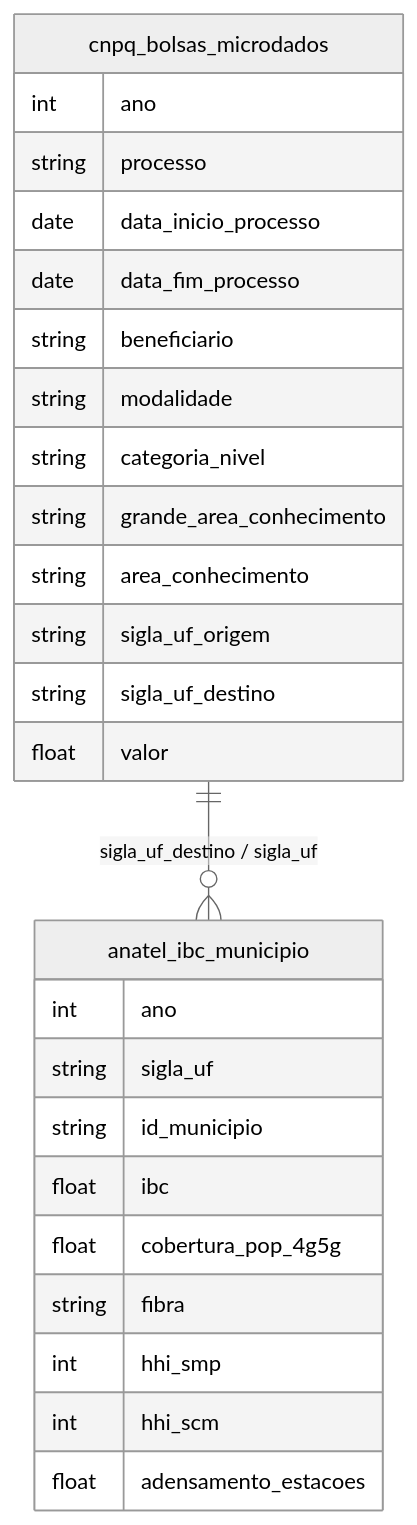
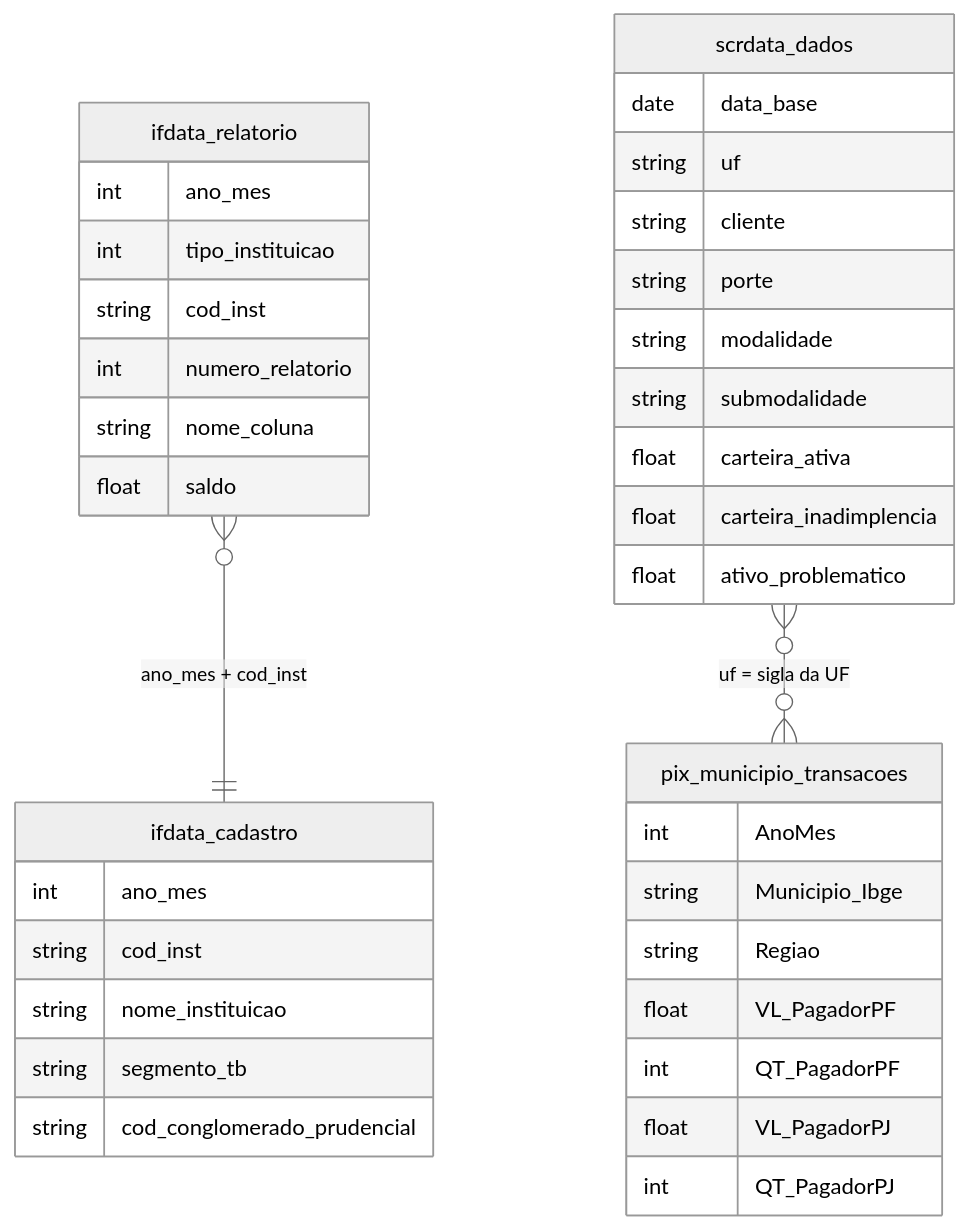
The diagram in docs/mapa/overview/19_mercado_financeiro.md (rafapolo/rodado), drawn with Mermaid (neutral theme) before and after one commit. The commit also changed other lines of this file and 135 other files, not shown here.

````diff
--- a/docs/mapa/overview/19_mercado_financeiro.md
+++ b/docs/mapa/overview/19_mercado_financeiro.md
@@ -2,29 +2,40 @@
 ```mermaid
 erDiagram
-    cnpq_bolsas_microdados {
-        int ano
-        string processo
-        date data_inicio_processo
-        date data_fim_processo
-        string beneficiario
+    ifdata_relatorio {
+        int ano_mes
+        int tipo_instituicao
+        string cod_inst
+        int numero_relatorio
+        string nome_coluna
+        float saldo
+    }
+    ifdata_cadastro {
+        int ano_mes
+        string cod_inst
+        string nome_instituicao
+        string segmento_tb
+        string cod_conglomerado_prudencial
+    }
+    scrdata_dados {
+        date data_base
+        string uf
+        string cliente
+        string porte
         string modalidade
-        string categoria_nivel
-        string grande_area_conhecimento
-        string area_conhecimento
-        string sigla_uf_origem
-        string sigla_uf_destino
-        float valor
+        string submodalidade
+        float carteira_ativa
+        float carteira_inadimplencia
+        float ativo_problematico
     }
-    anatel_ibc_municipio {
-        int ano
-        string sigla_uf
-        string id_municipio
-        float ibc
-        float cobertura_pop_4g5g
-        string fibra
-        int hhi_smp
-        int hhi_scm
-        float adensamento_estacoes
+    pix_municipio_transacoes {
+        int AnoMes
+        string Municipio_Ibge
+        string Regiao
+        float VL_PagadorPF
+        int QT_PagadorPF
+        float VL_PagadorPJ
+        int QT_PagadorPJ
     }
-    cnpq_bolsas_microdados ||--o{ anatel_ibc_municipio : "sigla_uf_destino / sigla_uf"
+    ifdata_relatorio }o--|| ifdata_cadastro : "ano_mes + cod_inst"
+    scrdata_dados }o--o{ pix_municipio_transacoes : "uf = sigla da UF"
 ```
````
